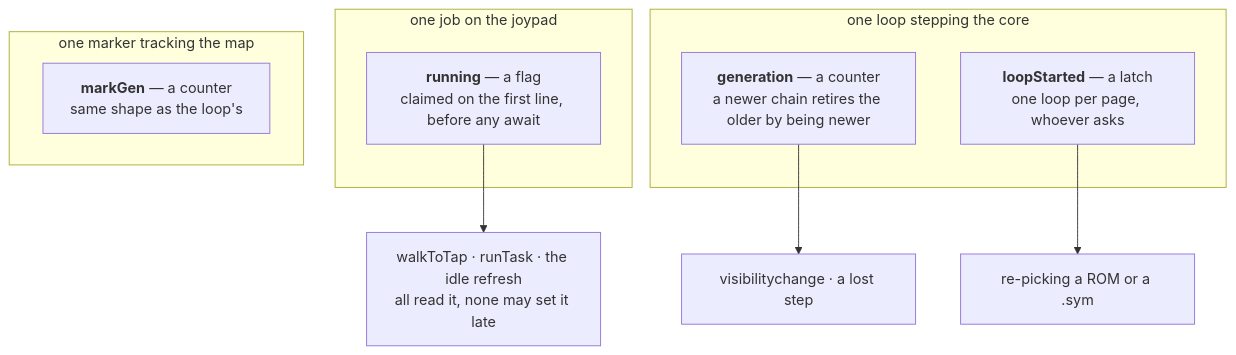
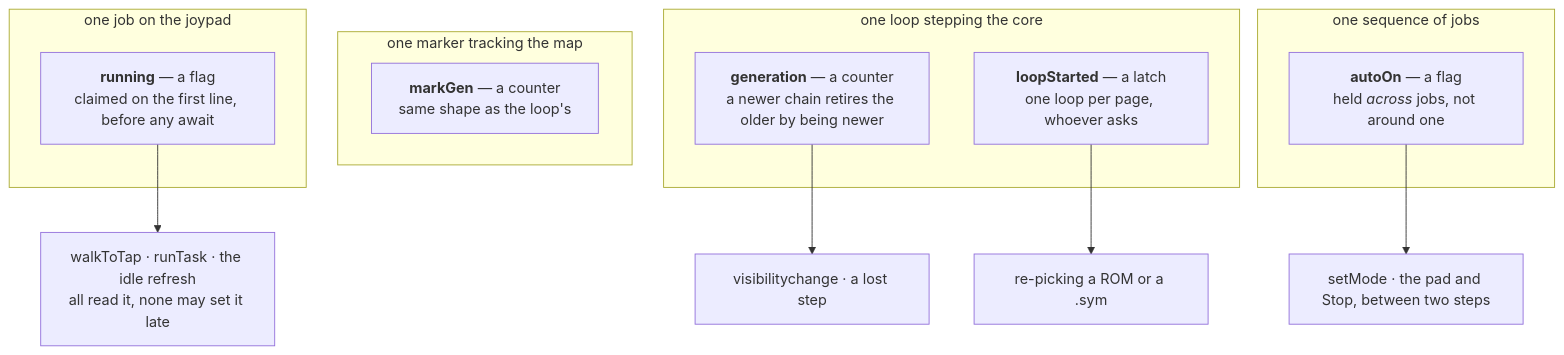
Diagram 36 of 43 in docs/CODE.md (minormending/crystal-pilot-mobile), drawn with Mermaid before and after one commit. The commit also changed other lines of this file and 9 other files, not shown here.

````diff
--- a/docs/CODE.md
+++ b/docs/CODE.md
@@ -4034,16 +4035,20 @@
 ```mermaid
 flowchart TD
     subgraph J["one job on the joypad"]
       R["<b>running</b> — a flag<br/>claimed on the first line, before any await"]
     end
     subgraph L["one loop stepping the core"]
       G["<b>generation</b> — a counter<br/>a newer chain retires the older by being newer"]
       S["<b>loopStarted</b> — a latch<br/>one loop per page, whoever asks"]
     end
     subgraph M["one marker tracking the map"]
       K["<b>markGen</b> — a counter<br/>same shape as the loop's"]
     end
+    subgraph A["one sequence of jobs"]
+      N["<b>autoOn</b> — a flag<br/>held <i>across</i> jobs, not around one"]
+    end
     R --> W["walkToTap · runTask · the idle refresh<br/>all read it, none may set it late"]
     G --> V["visibilitychange · a lost step"]
     S --> P["re-picking a ROM or a .sym"]
+    N --> Q["setMode · the pad and Stop, between two steps"]
 ```
````
